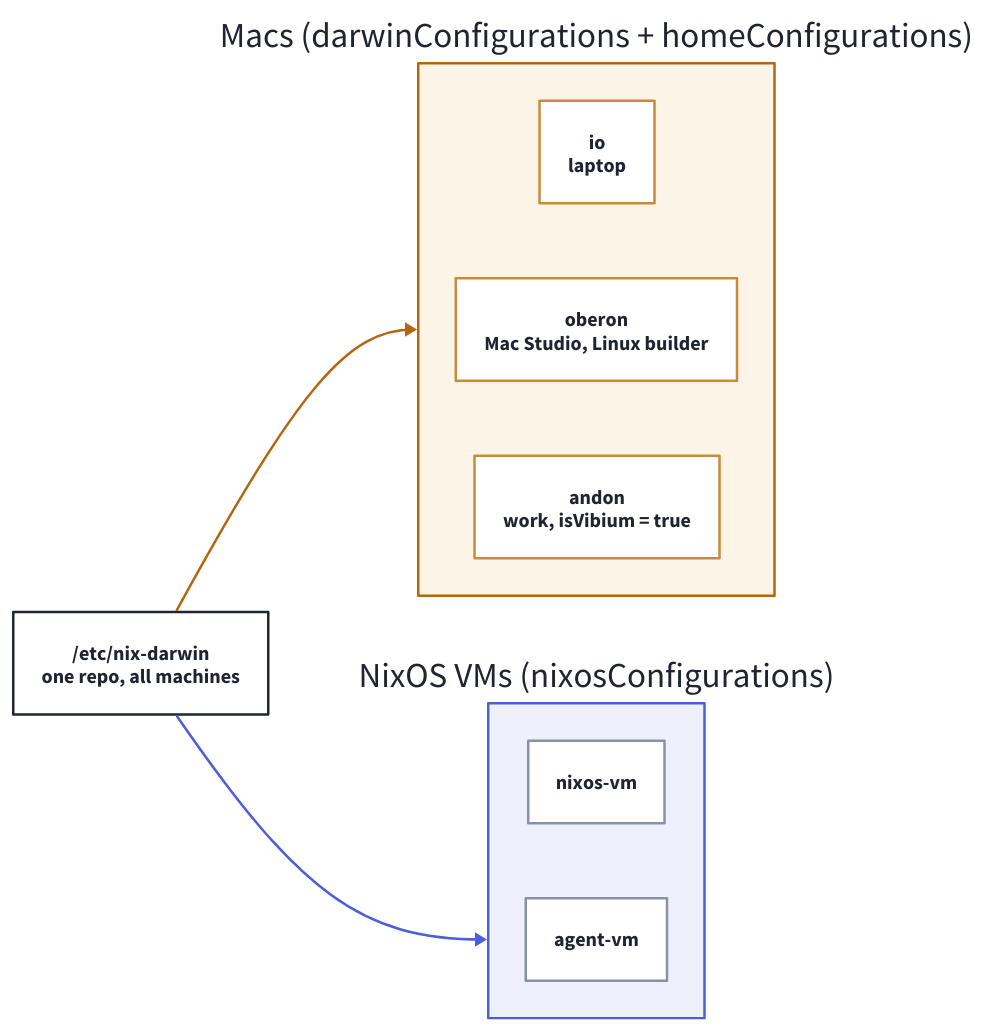
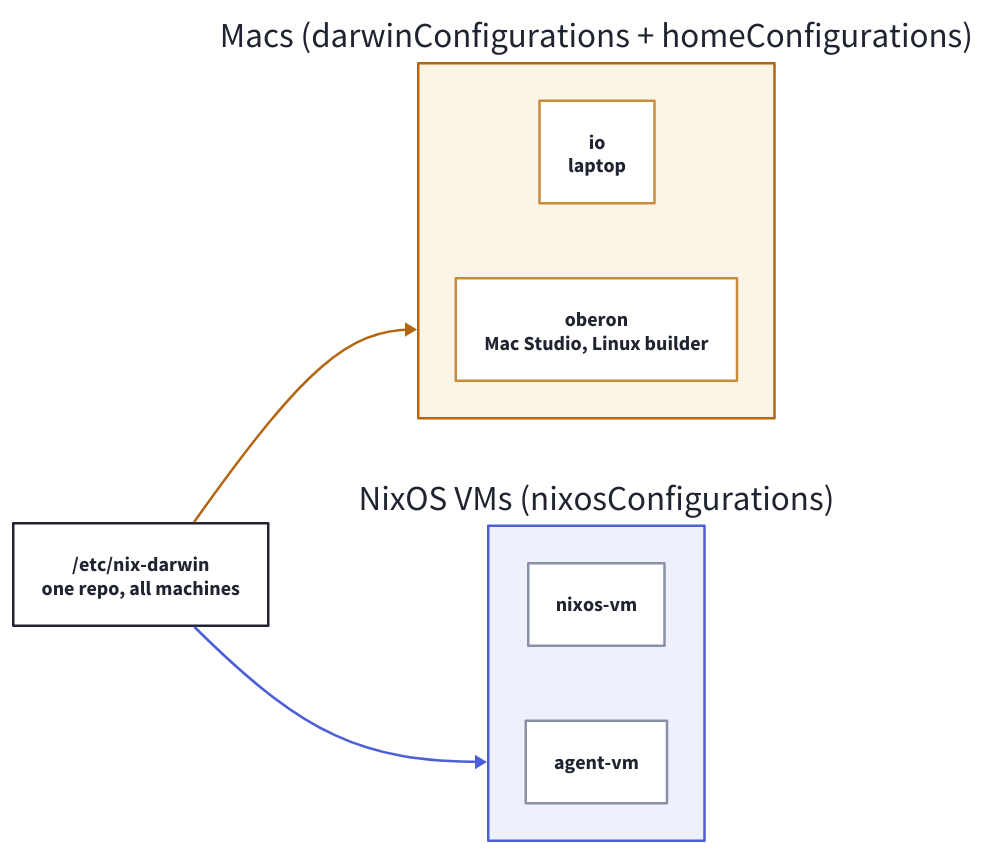
Before and after one commit to paulsmith/nixos-config: the diagram in docs/manual/diagrams/hosts.d2, drawn with D2. The commit also changed 14 other files, not shown here.

First line of the commit message:
Remove the andon host and the isVibium flag

```diff
--- a/docs/manual/diagrams/hosts.d2
+++ b/docs/manual/diagrams/hosts.d2
@@ -1,32 +1,31 @@
 style.fill: transparent
 
 direction: right
 
 repo: "/etc/nix-darwin\none repo, all machines" {
   style.fill: "#ffffff"
   style.stroke: "#1f2430"
   style.stroke-width: 2
   style.font-color: "#1f2430"
 }
 
 macs: "Macs (darwinConfigurations + homeConfigurations)" {
   style.fill: "#fdf4e8"
   style.stroke: "#b4650f"
   style.font-color: "#1f2430"
 
   io: "io\nlaptop" { style.fill: "#ffffff"; style.stroke: "#c98b3a"; style.font-color: "#1f2430" }
   ob: "oberon\nMac Studio, Linux builder" { style.fill: "#ffffff"; style.stroke: "#c98b3a"; style.font-color: "#1f2430" }
-  an: "andon\nwork, isVibium = true" { style.fill: "#ffffff"; style.stroke: "#c98b3a"; style.font-color: "#1f2430" }
 }
 
 vms: "NixOS VMs (nixosConfigurations)" {
   style.fill: "#eef0fb"
   style.stroke: "#4c5fd7"
   style.font-color: "#1f2430"
 
   nv: "nixos-vm" { style.fill: "#ffffff"; style.stroke: "#8891a8"; style.font-color: "#1f2430" }
   av: "agent-vm" { style.fill: "#ffffff"; style.stroke: "#8891a8"; style.font-color: "#1f2430" }
 }
 
 repo -> macs { style.stroke: "#b4650f" }
 repo -> vms { style.stroke: "#4c5fd7" }
```
